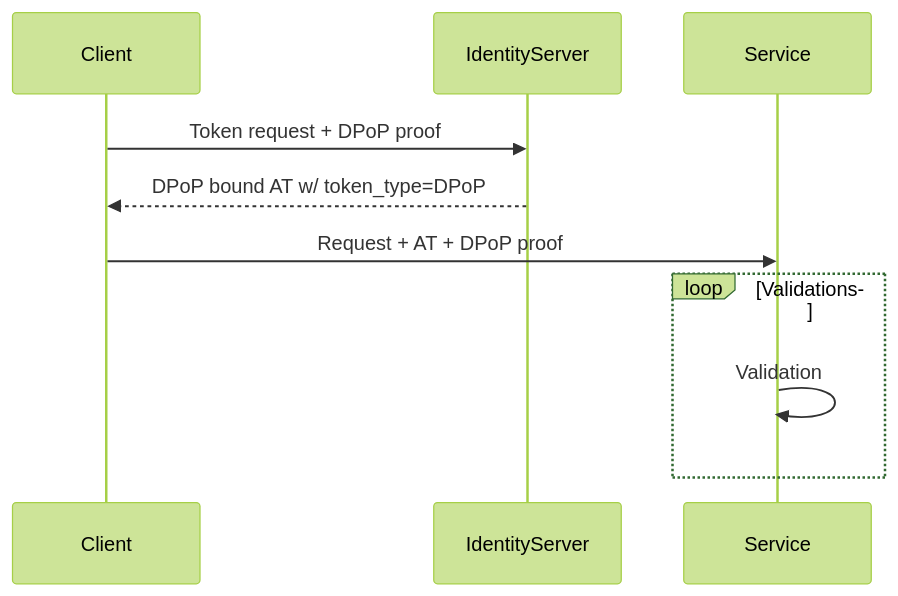
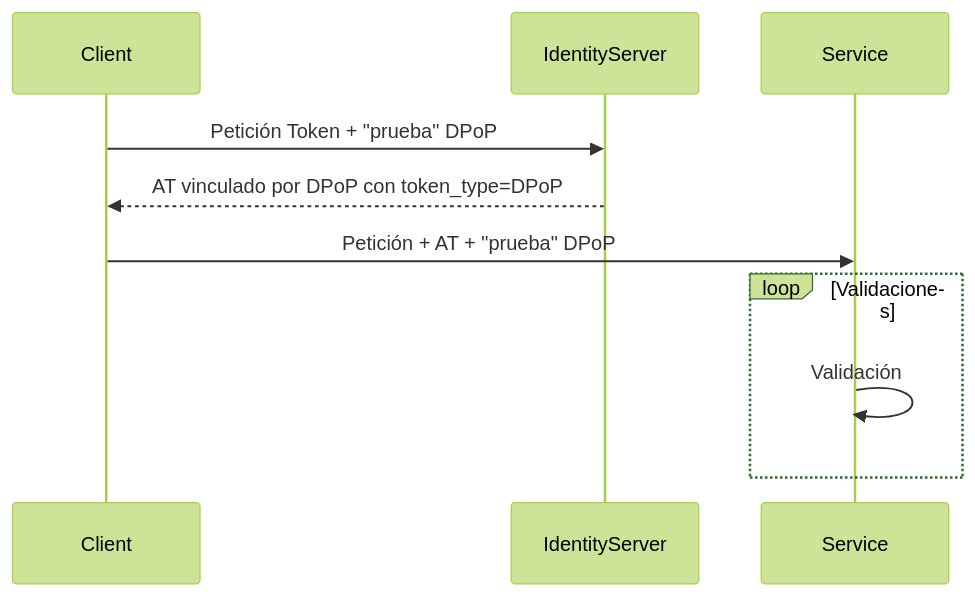
The diagram in docs/dpop.md (virubiotor/authentication-made-simple), drawn with Mermaid (forest theme) before and after one commit. The commit also changed 4 other files, not shown here.

````diff
--- a/docs/dpop.md
+++ b/docs/dpop.md
@@ -1,13 +1,13 @@
 ```mermaid
 sequenceDiagram
     participant Client
     participant IdentityServer
     participant Service
 
-    Client->>IdentityServer: Token request + DPoP proof
-    IdentityServer-->>Client: DPoP bound AT w/ token_type=DPoP
-    Client->>Service: Request + AT + DPoP proof
-    loop Validations
-        Service->>Service: Validation
+    Client->>IdentityServer: Petición Token + "prueba" DPoP
+    IdentityServer-->>Client: AT vinculado por DPoP con token_type=DPoP
+    Client->>Service: Petición + AT + "prueba" DPoP 
+    loop Validaciones
+        Service->>Service: Validación
     end
 ```
````
